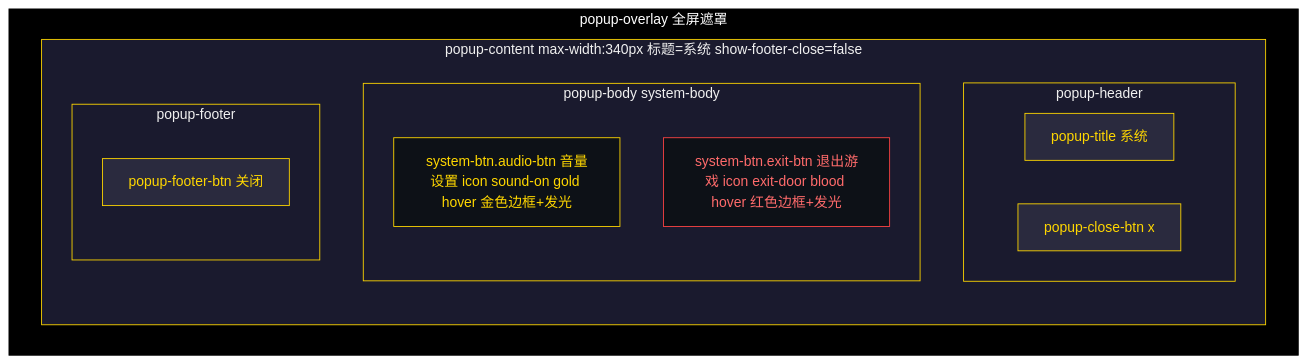
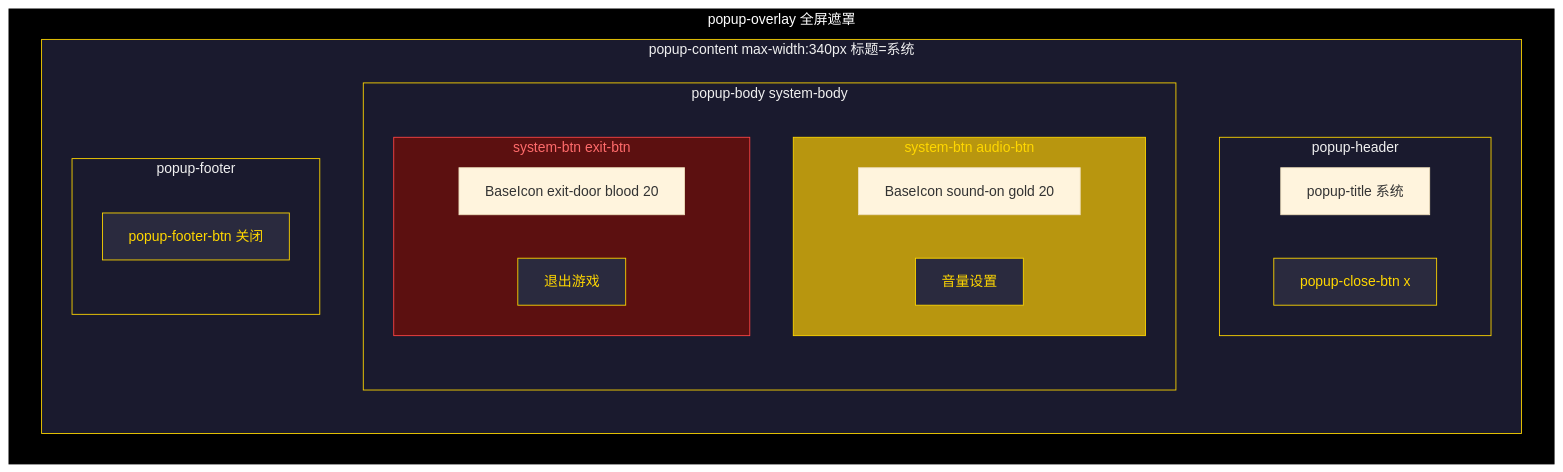
Diagram 12 of 14 in doc/UI/UI_DESIGN_SPEC_POPUPS.md (SonDemigods/wow_dnd), drawn with Mermaid (base theme) before and after one commit. The commit also changed other lines of this file and 55 other files, not shown here.

````diff
--- a/doc/UI/UI_DESIGN_SPEC_POPUPS.md
+++ b/doc/UI/UI_DESIGN_SPEC_POPUPS.md
@@ -1599,34 +1301,42 @@
 ```mermaid
 flowchart TB
     subgraph overlay["popup-overlay 全屏遮罩"]
-        subgraph container["popup-content max-width:340px 标题=系统 show-footer-close=false"]
+        subgraph container["popup-content max-width:340px 标题=系统"]
             direction TB
             subgraph header["popup-header"]
                 direction LR
                 title["popup-title 系统"]
                 close["popup-close-btn x"]
             end
             subgraph body["popup-body system-body"]
                 direction TB
-                audioBtn["system-btn.audio-btn 音量设置 icon sound-on gold hover 金色边框+发光"]
-                exitBtn["system-btn.exit-btn 退出游戏 icon exit-door blood hover 红色边框+发光"]
+                subgraph audioBtn["system-btn audio-btn"]
+                    direction LR
+                    audioIcon["BaseIcon sound-on gold 20"]
+                    audioLabel["音量设置"]
+                end
+                subgraph exitBtn["system-btn exit-btn"]
+                    direction LR
+                    exitIcon["BaseIcon exit-door blood 20"]
+                    exitLabel["退出游戏"]
+                end
             end
             subgraph footer["popup-footer"]
                 closeBtn["popup-footer-btn 关闭"]
             end
         end
     end
 
     classDef overlayCls fill:#000000,stroke:#000,color:#fff
     classDef containerCls fill:#1a1a2e,stroke:#ffd700,color:#f0f0f0
     classDef regionCls fill:#2a2a3e,stroke:#ffd700,color:#ffd700
-    classDef audioCls fill:#0d1117,stroke:#ffd700,color:#ffd700
-    classDef exitCls fill:#0d1117,stroke:#ff4444,color:#ff6b6b
+    classDef audioCls fill:#b8960f,stroke:#ffd700,color:#ffd700
+    classDef exitCls fill:#5c1010,stroke:#ff4444,color:#ff6b6b
 
     class overlay overlayCls
     class container,header,body,footer containerCls
+    class audioLabel,exitLabel regionCls
     class audioBtn audioCls
     class exitBtn exitCls
     class close,closeBtn regionCls
-    class title regionCls
 ```
````
